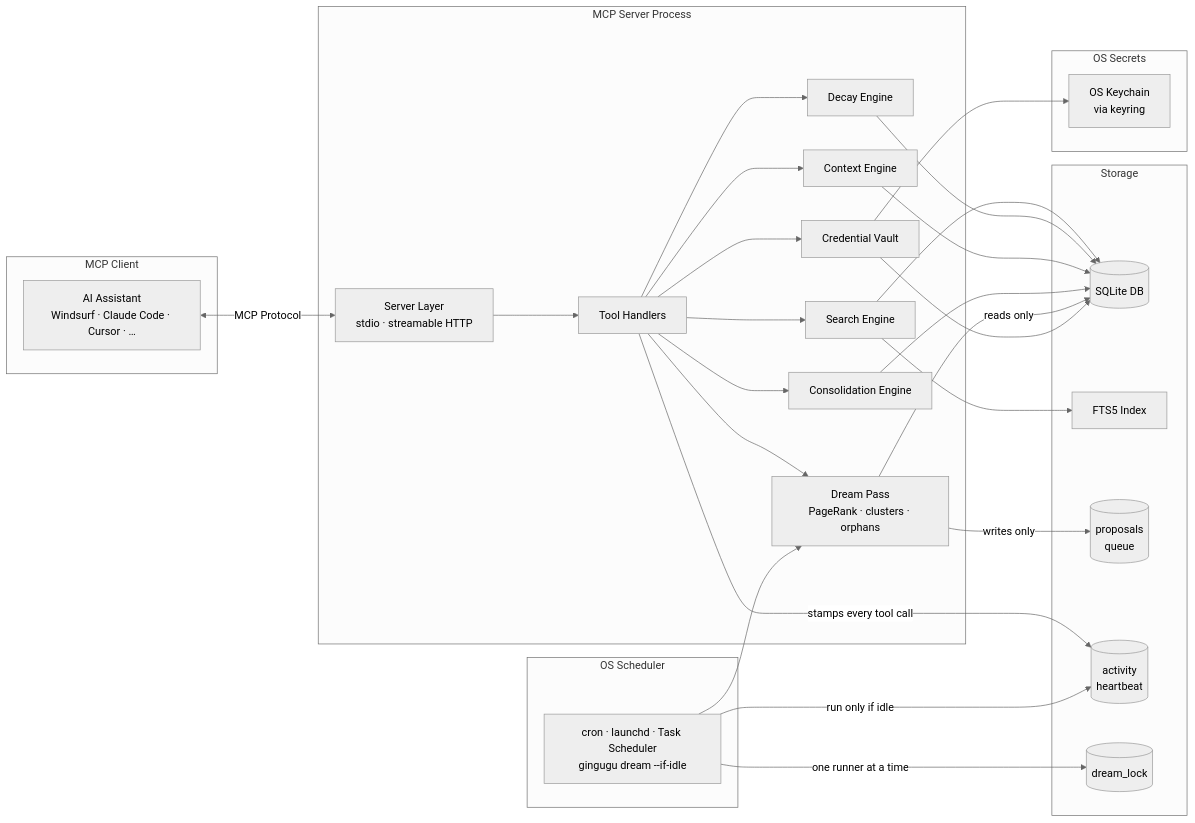
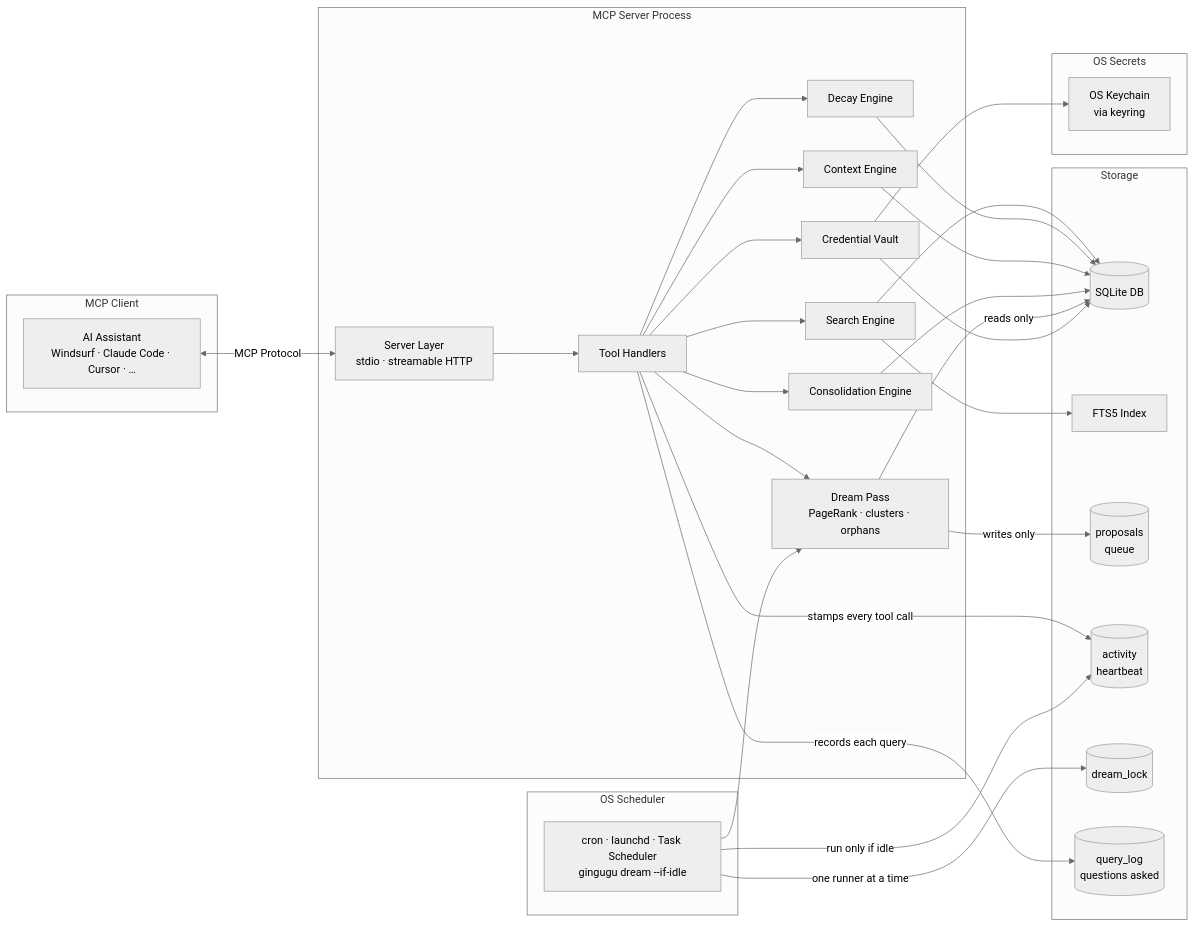
The diagram in docs/architecture.md (gingugu/gingugu), drawn with Mermaid (neutral theme) before and after one commit. The commit also changed other lines of this file and 10 other files, not shown here.

First line of the commit message:
docs: .ai, architecture and README for query_log

````diff
--- a/docs/architecture.md
+++ b/docs/architecture.md
@@ -18,55 +18,57 @@
 ```mermaid
 graph LR
     subgraph MCP Client
         A[AI Assistant<br/>Windsurf · Claude Code · Cursor · …]
     end
 
     subgraph MCP Server Process
         B[Server Layer<br/>stdio · streamable HTTP]
         C[Tool Handlers]
         D[Search Engine]
         E[Decay Engine]
         F[Context Engine]
         G[Consolidation Engine]
         L[Dream Pass<br/>PageRank · clusters · orphans]
         K[Credential Vault]
     end
 
     subgraph OS Scheduler
         S[cron · launchd · Task Scheduler<br/>gingugu dream --if-idle]
     end
 
     subgraph Storage
         H[(SQLite DB)]
         I[FTS5 Index]
         P[(proposals<br/>queue)]
         Q[(activity<br/>heartbeat)]
         R[(dream_lock)]
+        T[(query_log<br/>questions asked)]
     end
 
     subgraph OS Secrets
         J[OS Keychain<br/>via keyring]
     end
 
     A <-->|MCP Protocol| B
     B --> C
     C --> D
     C --> E
     C --> F
     C --> G
     C --> L
     C --> K
     D --> H
     D --> I
     E --> H
     F --> H
     G --> H
     L -->|reads only| H
     L -->|writes only| P
     K --> H
     K --> J
     C -->|stamps every tool call| Q
+    C -->|records each query| T
     S -->|run only if idle| Q
     S -->|one runner at a time| R
     S --> L
 ```
````
